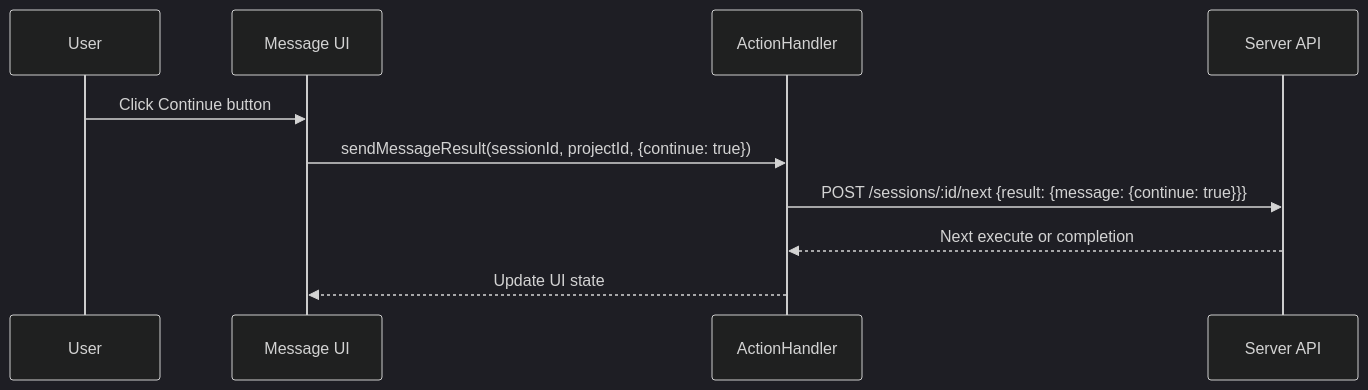
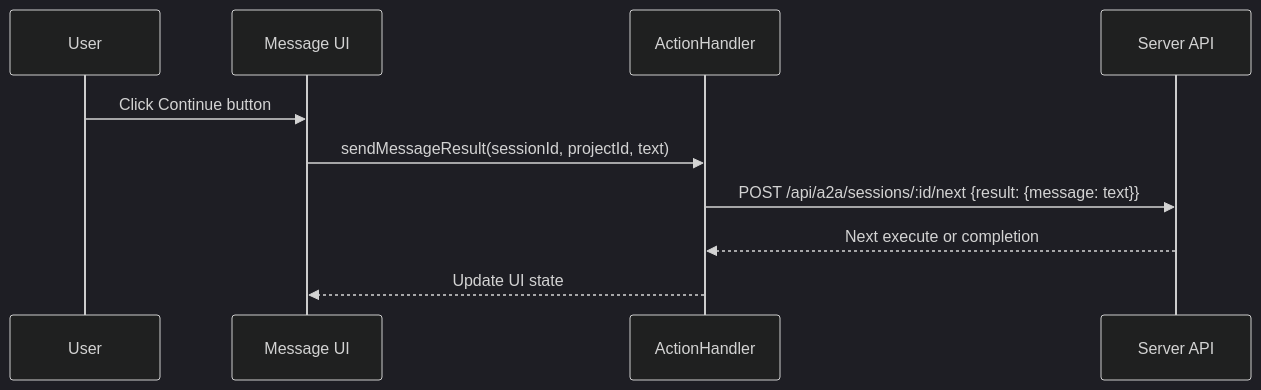
The third of 8 diagrams in a2a-client/docs/workflows/task-execution/README.md (donkeyhotshow/a2a-script-agent-autonomy), drawn with Mermaid (dark theme) before and after one commit. The commit also changed other lines of this file and 60 other files, not shown here.

````diff
--- a/a2a-client/docs/workflows/task-execution/README.md
+++ b/a2a-client/docs/workflows/task-execution/README.md
@@ -77,13 +77,13 @@
 ```mermaid
 sequenceDiagram
     participant U as User
     participant UI as Message UI
     participant AH as ActionHandler
     participant API as Server API
 
     U->>UI: Click Continue button
-    UI->>AH: sendMessageResult(sessionId, projectId, {continue: true})
-    AH->>API: POST /sessions/:id/next {result: {message: {continue: true}}}
+    UI->>AH: sendMessageResult(sessionId, projectId, text)
+    AH->>API: POST /api/a2a/sessions/:id/next {result: {message: text}}
     API-->>AH: Next execute or completion
     AH-->>UI: Update UI state
 ```
````
